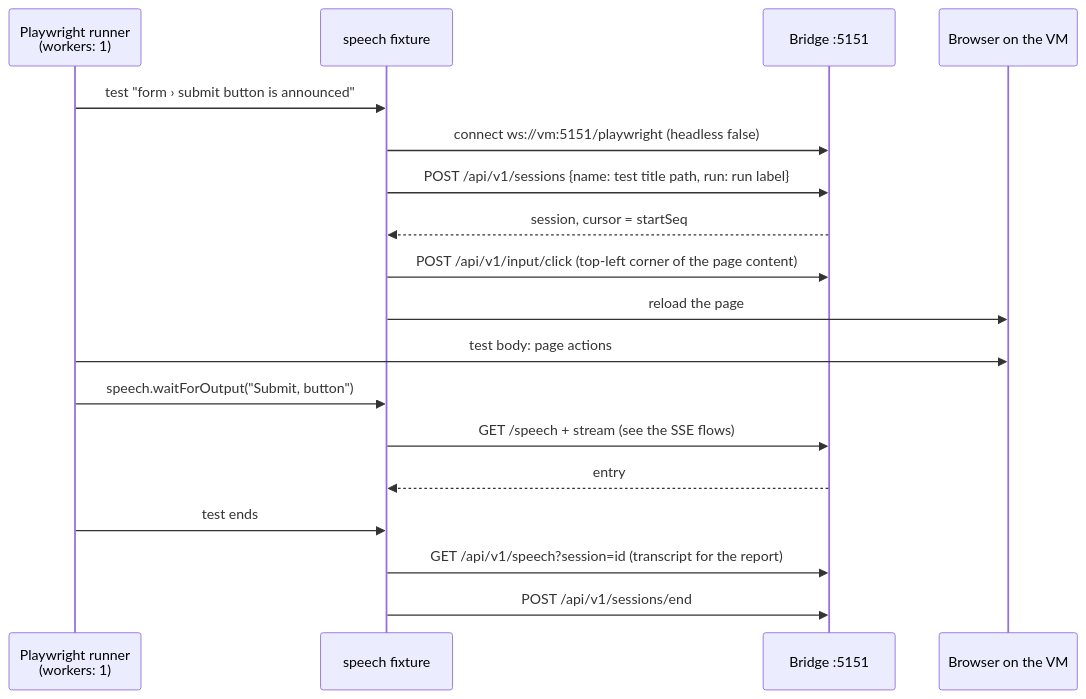
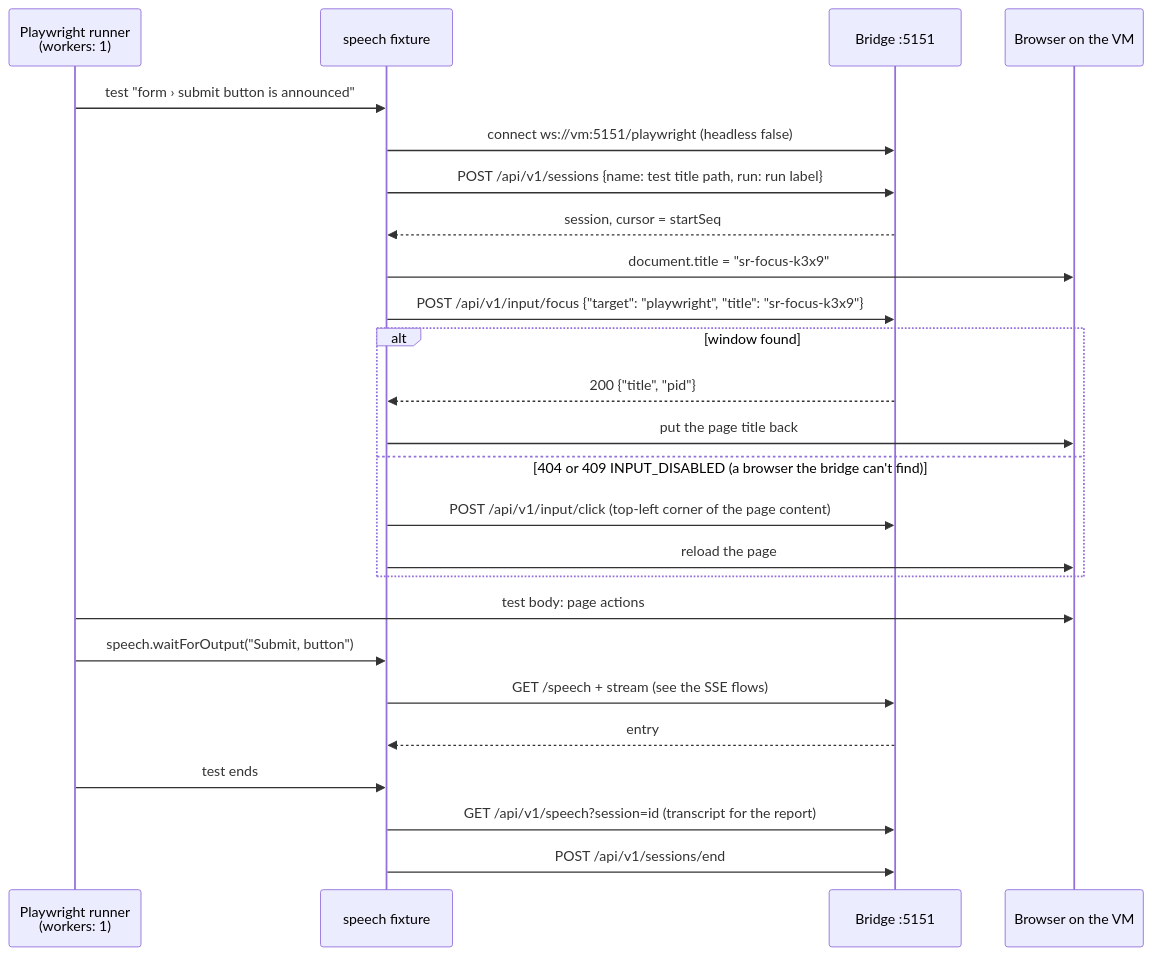
One commit to TimoSto/screenreader-speech-capture changed the second of 5 diagrams in docs/usage/flows/playwright-mcp.md. Above: the diagram before and after it, drawn with Mermaid. The commit also changed other lines of this file and 10 other files, not shown here.

First line of the commit message:
docs: bring the usage flows up to date and add the agent preflight and recovery (#228)

````diff
--- a/docs/usage/flows/playwright-mcp.md
+++ b/docs/usage/flows/playwright-mcp.md
@@ -45,21 +47,28 @@
 ```mermaid
 sequenceDiagram
     participant R as Playwright runner<br/>(workers: 1)
     participant F as speech fixture
     participant B as Bridge :5151
     participant Br as Browser on the VM
 
     R->>F: test "form › submit button is announced"
     F->>B: connect ws://vm:5151/playwright (headless false)
     F->>B: POST /api/v1/sessions {name: test title path, run: run label}
     B-->>F: session, cursor = startSeq
-    F->>B: POST /api/v1/input/click (top-left corner of the page content)
-    F->>Br: reload the page
+    F->>Br: document.title = "sr-focus-k3x9"
+    F->>B: POST /api/v1/input/focus {"target": "playwright", "title": "sr-focus-k3x9"}
+    alt window found
+        B-->>F: 200 {"title", "pid"}
+        F->>Br: put the page title back
+    else 404 or 409 INPUT_DISABLED (a browser the bridge can't find)
+        F->>B: POST /api/v1/input/click (top-left corner of the page content)
+        F->>Br: reload the page
+    end
     R->>Br: test body: page actions
     R->>F: speech.waitForOutput("Submit, button")
     F->>B: GET /speech + stream (see the SSE flows)
     B-->>F: entry
     R->>F: test ends
     F->>B: GET /api/v1/speech?session=id (transcript for the report)
     F->>B: POST /api/v1/sessions/end
 ```
````
